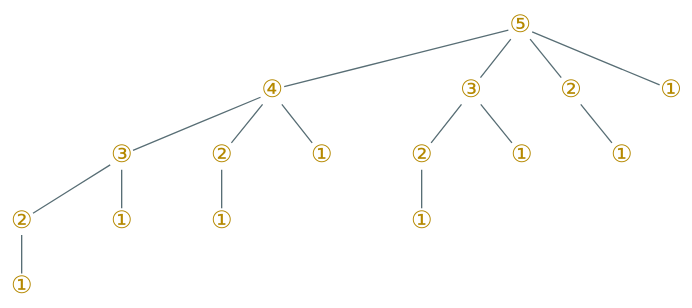
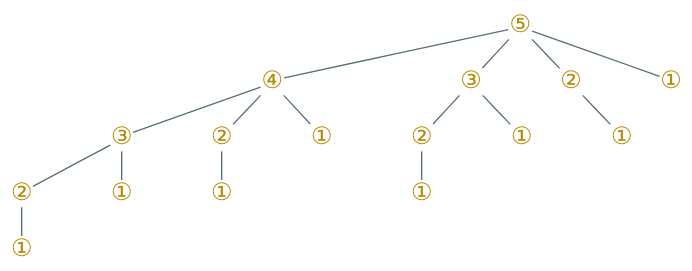
One commit to Avanti1980/course-alg changed the diagram in dot/cr-rec.dot. Above: the diagram before and after it, drawn with Graphviz. The commit also changed 14 other files, not shown here.

```diff
--- a/dot/cr-rec.dot
+++ b/dot/cr-rec.dot
@@ -1,36 +1,36 @@
 digraph g {
     bgcolor=transparent
-    graph [nodesep=0.8, ranksep=0.4]
+    graph [nodesep=0.8, ranksep=0.3]
     node [shape=plain, color="#586e75", fontcolor="#b58900", fontsize=18, fontname="LXGWWenKai"]
     edge [arrowhead=none, color="#586e75", fontcolor="#268bd2", fontsize=16, fontname="LXGWWenKai"]
 
     cr31 [label="③"]
 
     cr21 [label="②"]
     cr22 [label="②"]
     cr23 [label="②"]
 
     cr11 [label="①"]
     cr12 [label="①"]
     cr13 [label="①"]
     cr14 [label="①"]
     cr15 [label="①"]
     cr16 [label="①"]
     cr17 [label="①"]
 
     "⑤" -> {"④", "③", "②", "①"}
 
     "②" -> cr11
 
     "③" -> {cr12, cr21}
 
     "④" -> {cr13, cr22, cr31}
 
     cr21 -> cr14
 
     cr22 -> cr15
 
     cr31 -> {cr23, cr16}
 
     cr23 -> cr17
 }
```
